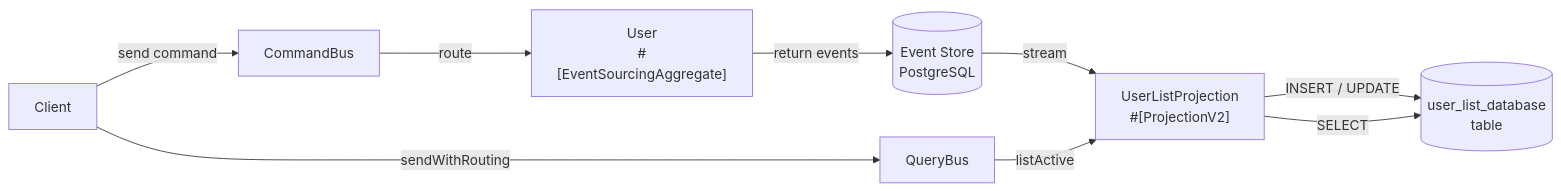
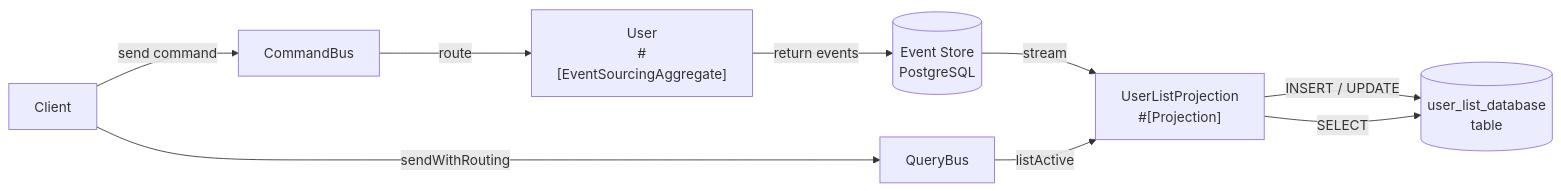
The first of 4 diagrams in quickstart-examples/Laravel/Projection/DatabaseReadModel/README.md (ecotoneframework/ecotone-dev), drawn with Mermaid before and after one commit. The commit also changed other lines of this file and 3567 other files, not shown here.

First line of the commit message:
feat: Ecotone 2.0 — Ecotone owns the event store, the public API is `Api`, and every failure names its way out (#712)

````diff
--- a/quickstart-examples/Laravel/Projection/DatabaseReadModel/README.md
+++ b/quickstart-examples/Laravel/Projection/DatabaseReadModel/README.md
@@ -13,11 +13,11 @@
 ```mermaid
 flowchart LR
     Client -->|send command| CommandBus
     CommandBus -->|route| User["User\n#[EventSourcingAggregate]"]
     User -->|return events| EventStore[(Event Store\nPostgreSQL)]
-    EventStore -->|stream| UserListProjection["UserListProjection\n#[ProjectionV2]"]
+    EventStore -->|stream| UserListProjection["UserListProjection\n#[Projection]"]
     UserListProjection -->|INSERT / UPDATE| ReadModel[(user_list_database\ntable)]
     Client -->|sendWithRouting| QueryBus
     QueryBus -->|listActive| UserListProjection
     UserListProjection -->|SELECT| ReadModel
 ```
````
